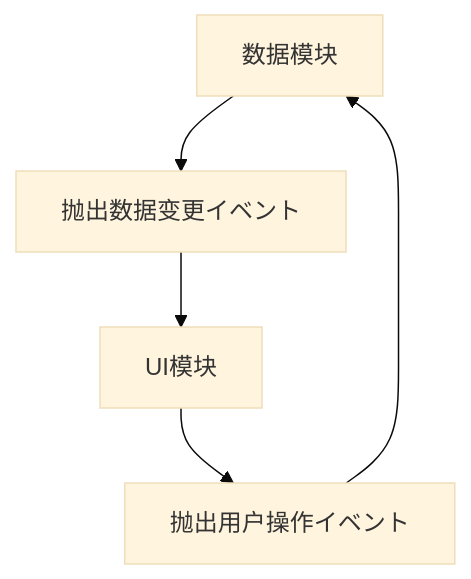
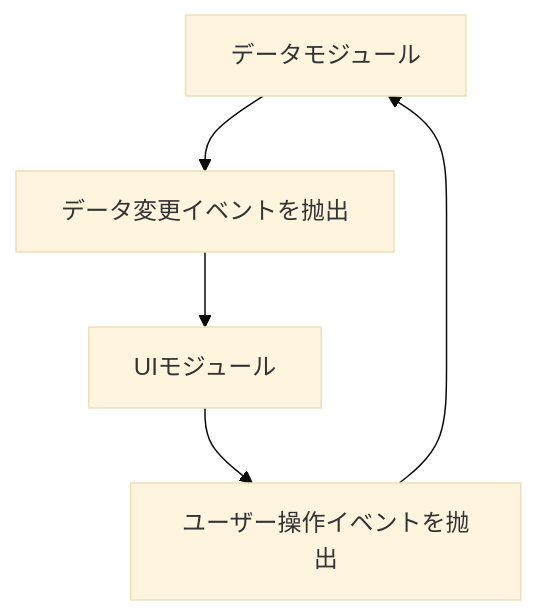
Before and after one commit to AlianBlank/GameFrameX.Docs: the sixth of 6 diagrams in docs/ja/client/unity/component/event/04.features.md, drawn with Mermaid (base theme). The commit also changed other lines of this file and 320 other files, not shown here.

````diff
--- a/docs/ja/client/unity/component/event/04.features.md
+++ b/docs/ja/client/unity/component/event/04.features.md
@@ -343,7 +343,7 @@
 ```mermaid
 flowchart TB
-    Data[数据模块] --> Event1[抛出数据变更イベント]
-    Event1 --> UI[UI模块]
-    UI --> Event2[抛出用户操作イベント]
+    Data[データモジュール] --> Event1[データ変更イベントを抛出]
+    Event1 --> UI[UIモジュール]
+    UI --> Event2[ユーザー操作イベントを抛出]
     Event2 --> Data
 ```
````
